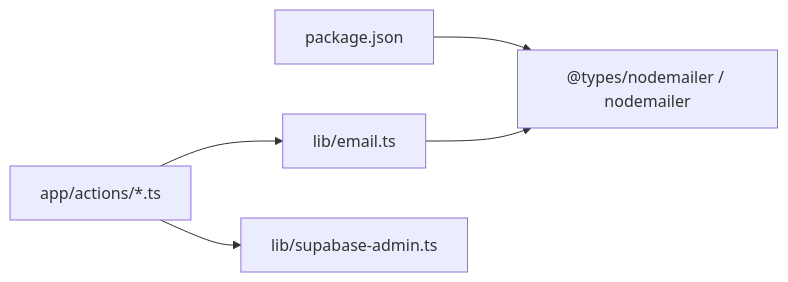
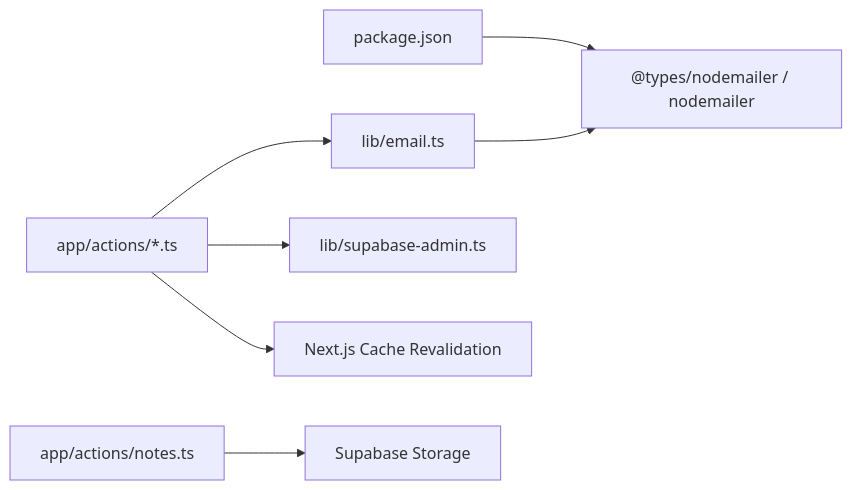
The ninth of 9 diagrams in .qoder/repowiki/en/content/Service Layer/Email Service.md (Black-box01/rhemaexpertsolutions), drawn with Mermaid before and after one commit. The commit also changed other lines of this file and 31 other files, not shown here.

````diff
--- a/.qoder/repowiki/en/content/Service Layer/Email Service.md
+++ b/.qoder/repowiki/en/content/Service Layer/Email Service.md
@@ -237,7 +352,9 @@
 ```mermaid
 graph LR
 Pkg["package.json"] --> Nodemailer["@types/nodemailer / nodemailer"]
 Email["lib/email.ts"] --> Nodemailer
 Actions["app/actions/*.ts"] --> Email
 Actions --> Supabase["lib/supabase-admin.ts"]
+Actions --> NextCache["Next.js Cache Revalidation"]
+Notes["app/actions/notes.ts"] --> Storage["Supabase Storage"]
 ```
````
